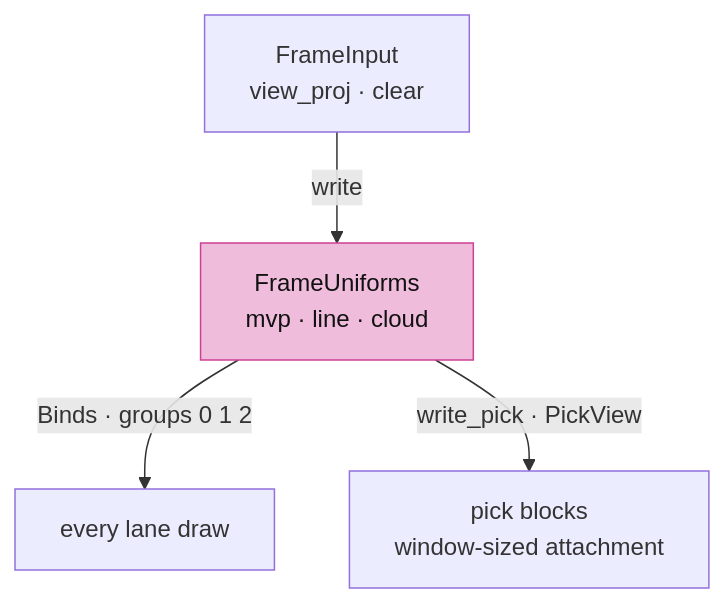
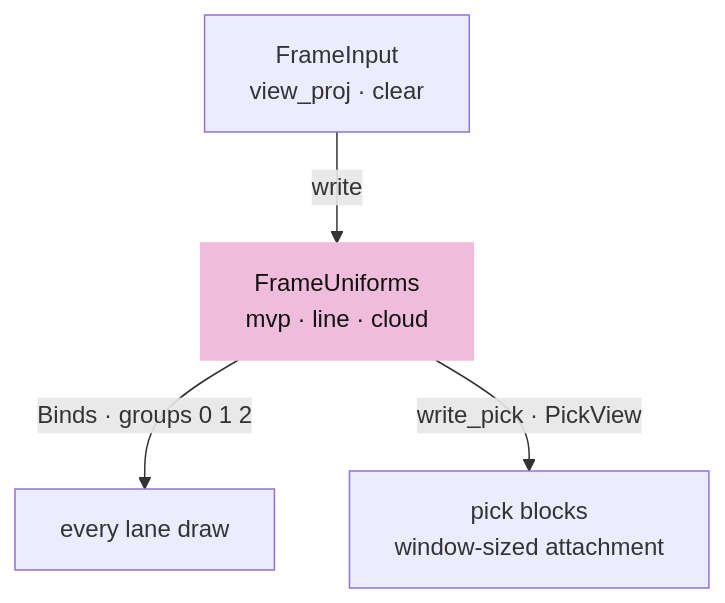
Before and after one commit to petrasvestartas/session: the sixth of 11 diagrams in session_viewer/docs/04a-meshes.md, drawn with Mermaid. The commit also changed other lines of this file and 324 other files, not shown here.

````diff
--- a/session_viewer/docs/04a-meshes.md
+++ b/session_viewer/docs/04a-meshes.md
@@ -180,7 +218,7 @@
 ```mermaid
 flowchart TB
     FI["FrameInput<br/>view_proj · clear"] -- "write" --> FU["FrameUniforms<br/>mvp · line · cloud"]
     FU -- "Binds · groups 0 1 2" --> D["every lane draw"]
     FU -- "write_pick · PickView" --> PK["pick blocks<br/>window-sized attachment"]
-    style FU fill:#f0bcdb,stroke:#ce4095,color:#111
+    style FU fill:#f0bcdb,stroke:#f0bcdb,color:#111
 ```
````
